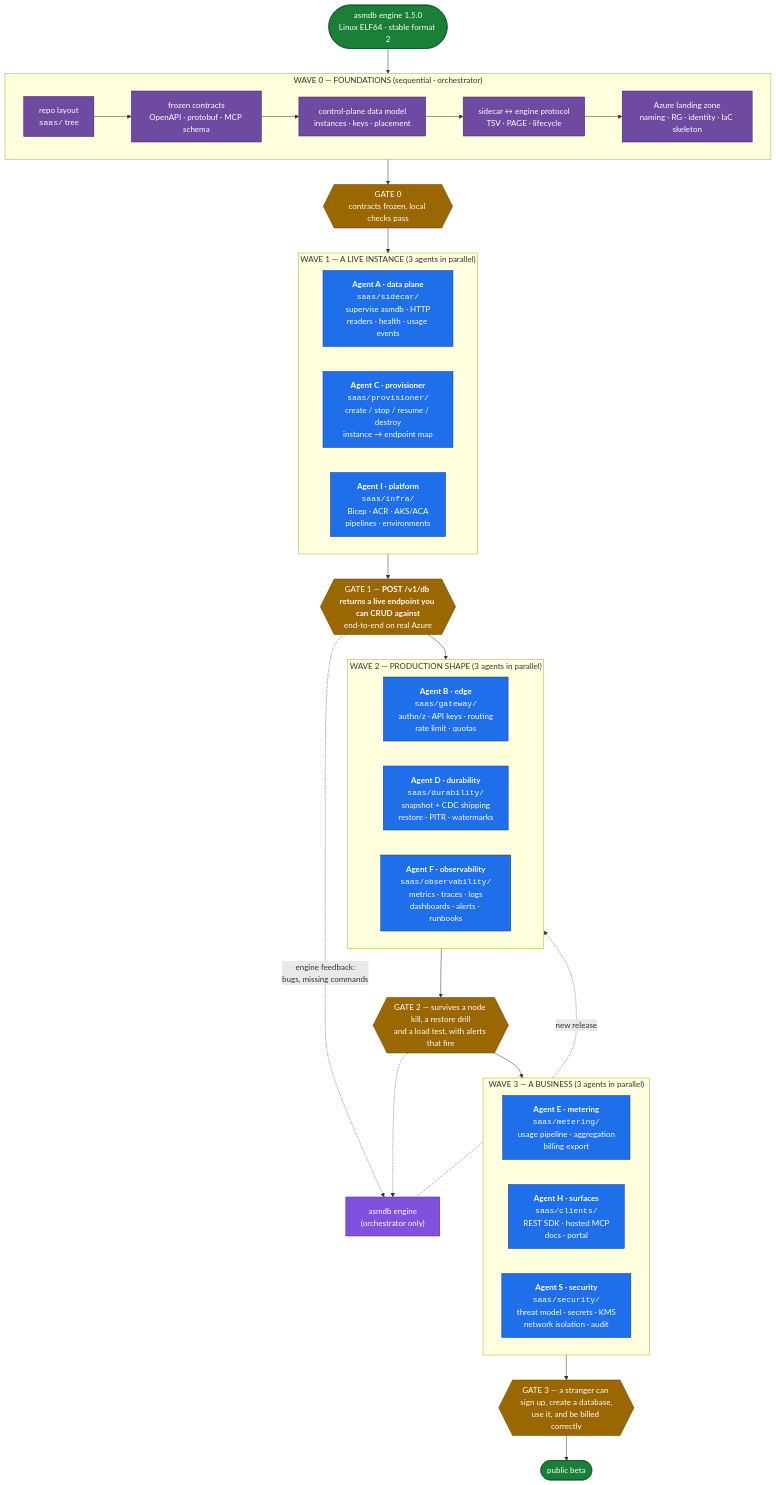
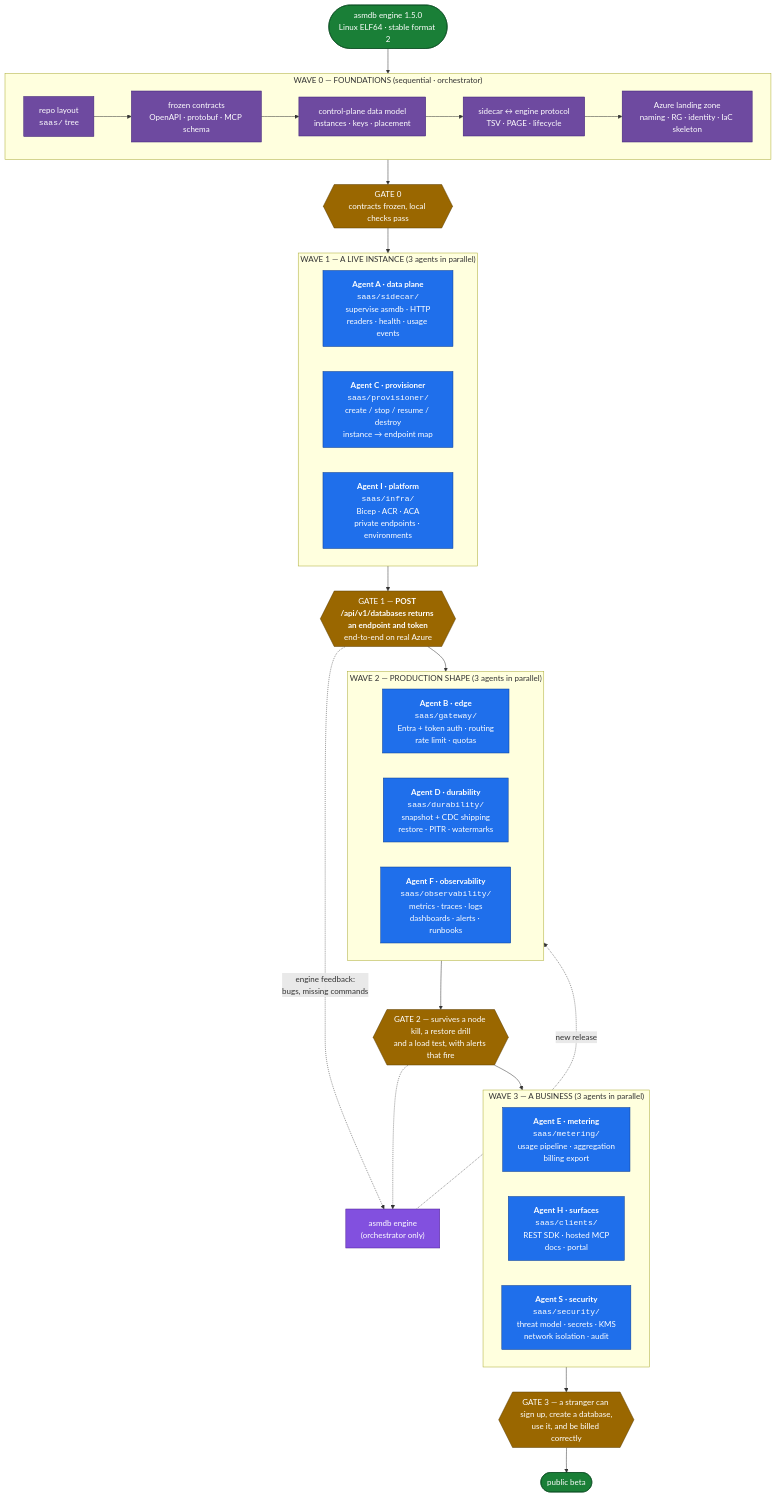
Before and after one commit to fredgis/asmDB: the fourth of 4 diagrams in docs/SAAS.md, drawn with Mermaid. The commit also changed other lines of this file and 4 other files, not shown here.

````diff
--- a/docs/SAAS.md
+++ b/docs/SAAS.md
@@ -692,57 +719,57 @@
 ```mermaid
 flowchart TB
     START(["asmdb engine 1.5.0<br/>Linux ELF64 · stable format 2"]):::done
 
     subgraph W0["WAVE 0 — FOUNDATIONS (sequential · orchestrator)"]
         direction LR
         C1["repo layout<br/><code>saas/</code> tree"]:::found
         C2["frozen contracts<br/>OpenAPI · protobuf · MCP schema"]:::found
         C3["control-plane data model<br/>instances · keys · placement"]:::found
         C4["sidecar ↔ engine protocol<br/>TSV · PAGE · lifecycle"]:::found
         C5["Azure landing zone<br/>naming · RG · identity · IaC skeleton"]:::found
         C1 --> C2 --> C3 --> C4 --> C5
     end
 
     G0{{"GATE 0<br/>contracts frozen, local checks pass"}}:::gate
 
     subgraph W1["WAVE 1 — A LIVE INSTANCE (3 agents in parallel)"]
         direction LR
         A["<b>Agent A · data plane</b><br/><code>saas/sidecar/</code><br/>supervise asmdb · HTTP<br/>readers · health · usage events"]:::agent
         C["<b>Agent C · provisioner</b><br/><code>saas/provisioner/</code><br/>create / stop / resume / destroy<br/>instance → endpoint map"]:::agent
-        I["<b>Agent I · platform</b><br/><code>saas/infra/</code><br/>Bicep · ACR · AKS/ACA<br/>pipelines · environments"]:::agent
+        I["<b>Agent I · platform</b><br/><code>saas/infra/</code><br/>Bicep · ACR · ACA<br/>private endpoints · environments"]:::agent
     end
 
-    G1{{"GATE 1 — <b>POST /v1/db returns a live endpoint you can CRUD against</b><br/>end-to-end on real Azure"}}:::gate
+    G1{{"GATE 1 — <b>POST /api/v1/databases returns an endpoint and token</b><br/>end-to-end on real Azure"}}:::gate
 
     subgraph W2["WAVE 2 — PRODUCTION SHAPE (3 agents in parallel)"]
         direction LR
-        B["<b>Agent B · edge</b><br/><code>saas/gateway/</code><br/>authn/z · API keys · routing<br/>rate limit · quotas"]:::agent
+        B["<b>Agent B · edge</b><br/><code>saas/gateway/</code><br/>Entra + token auth · routing<br/>rate limit · quotas"]:::agent
         D["<b>Agent D · durability</b><br/><code>saas/durability/</code><br/>snapshot + CDC shipping<br/>restore · PITR · watermarks"]:::agent
         F["<b>Agent F · observability</b><br/><code>saas/observability/</code><br/>metrics · traces · logs<br/>dashboards · alerts · runbooks"]:::agent
     end
 
     G2{{"GATE 2 — survives a node kill, a restore drill<br/>and a load test, with alerts that fire"}}:::gate
 
     subgraph W3["WAVE 3 — A BUSINESS (3 agents in parallel)"]
         direction LR
         E["<b>Agent E · metering</b><br/><code>saas/metering/</code><br/>usage pipeline · aggregation<br/>billing export"]:::agent
         H["<b>Agent H · surfaces</b><br/><code>saas/clients/</code><br/>REST SDK · hosted MCP<br/>docs · portal"]:::agent
         S["<b>Agent S · security</b><br/><code>saas/security/</code><br/>threat model · secrets · KMS<br/>network isolation · audit"]:::agent
     end
 
     G3{{"GATE 3 — a stranger can sign up, create a database,<br/>use it, and be billed correctly"}}:::gate
 
     DONE(["public beta"]):::done
 
     START --> W0 --> G0 --> W1 --> G1 --> W2 --> G2 --> W3 --> G3 --> DONE
 
     G1 -.->|"engine feedback:<br/>bugs, missing commands"| ENG["asmdb engine<br/>(orchestrator only)"]:::engine
     G2 -.-> ENG
     ENG -.->|"new release"| W2
 
     classDef done fill:#1a7f37,stroke:#0b4a20,color:#fff
     classDef found fill:#6e4aa0,stroke:#3b1e75,color:#fff
     classDef agent fill:#1f6feb,stroke:#0b3d91,color:#fff
     classDef gate fill:#9a6700,stroke:#5a3d00,color:#fff
     classDef engine fill:#8250df,stroke:#4c1d95,color:#fff
 ```
````
